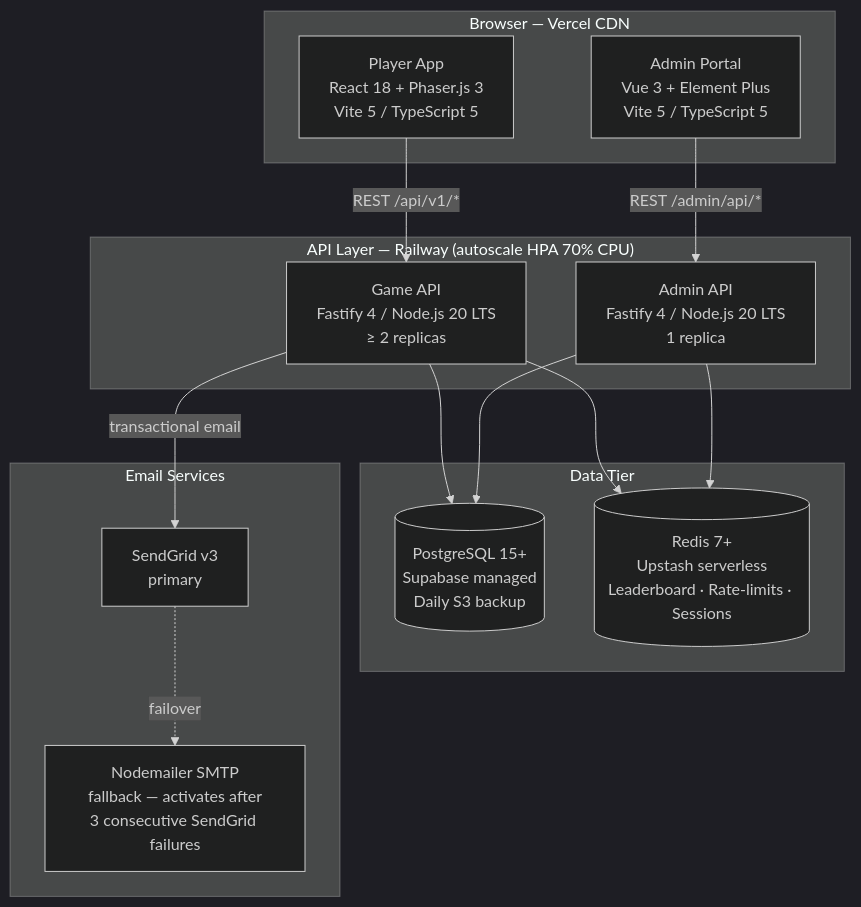
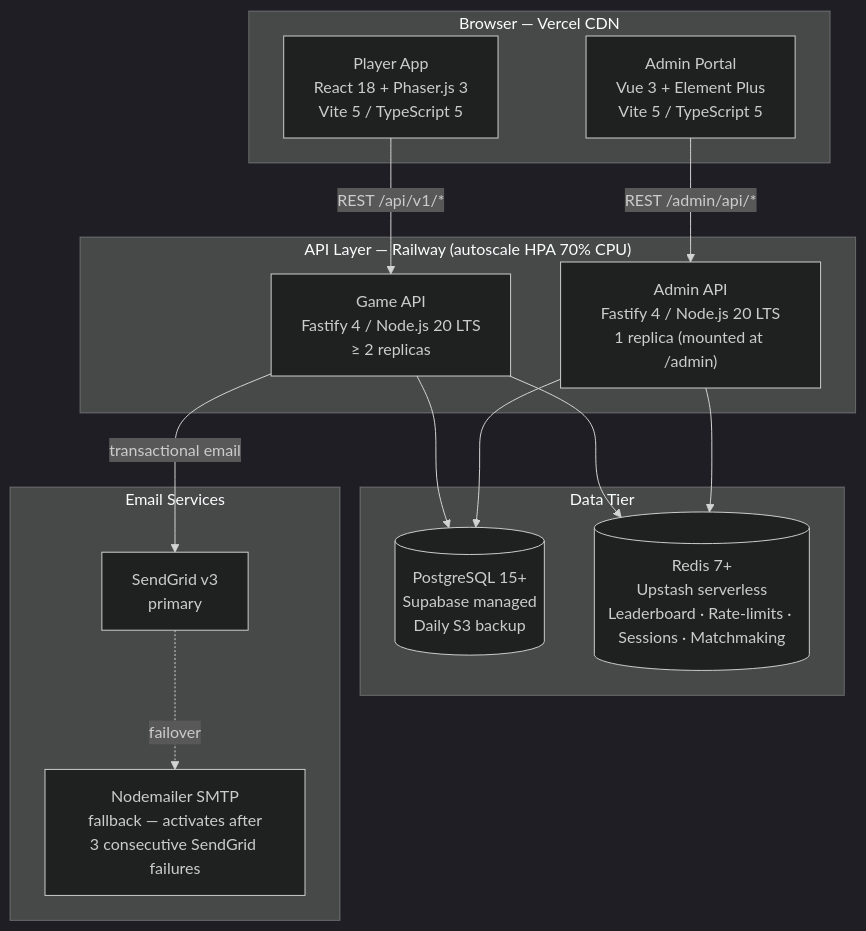
Before and after one commit to ibalasite/pet: the diagram in README.md, drawn with Mermaid (dark theme). The commit also changed other lines of this file, not shown here.

````diff
--- a/README.md
+++ b/README.md
@@ -95,31 +102,31 @@
 ```mermaid
 flowchart TB
     subgraph Browser["Browser — Vercel CDN"]
         PA["Player App\nReact 18 + Phaser.js 3\nVite 5 / TypeScript 5"]
         AP["Admin Portal\nVue 3 + Element Plus\nVite 5 / TypeScript 5"]
     end
 
     subgraph API["API Layer — Railway (autoscale HPA 70% CPU)"]
         GA["Game API\nFastify 4 / Node.js 20 LTS\n≥ 2 replicas"]
-        AA["Admin API\nFastify 4 / Node.js 20 LTS\n1 replica"]
+        AA["Admin API\nFastify 4 / Node.js 20 LTS\n1 replica (mounted at /admin)"]
     end
 
     subgraph Data["Data Tier"]
         PG[("PostgreSQL 15+\nSupabase managed\nDaily S3 backup")]
-        RD[("Redis 7+\nUpstash serverless\nLeaderboard · Rate-limits · Sessions")]
+        RD[("Redis 7+\nUpstash serverless\nLeaderboard · Rate-limits · Sessions · Matchmaking")]
     end
 
     subgraph Email["Email Services"]
         SG["SendGrid v3\nprimary"]
         NM["Nodemailer SMTP\nfallback — activates after\n3 consecutive SendGrid failures"]
     end
 
     PA -->|"REST /api/v1/*"| GA
     AP -->|"REST /admin/api/*"| AA
     GA --> PG
     GA --> RD
     AA --> PG
     AA --> RD
     GA -->|"transactional email"| SG
     SG -.->|"failover"| NM
 ```
````
